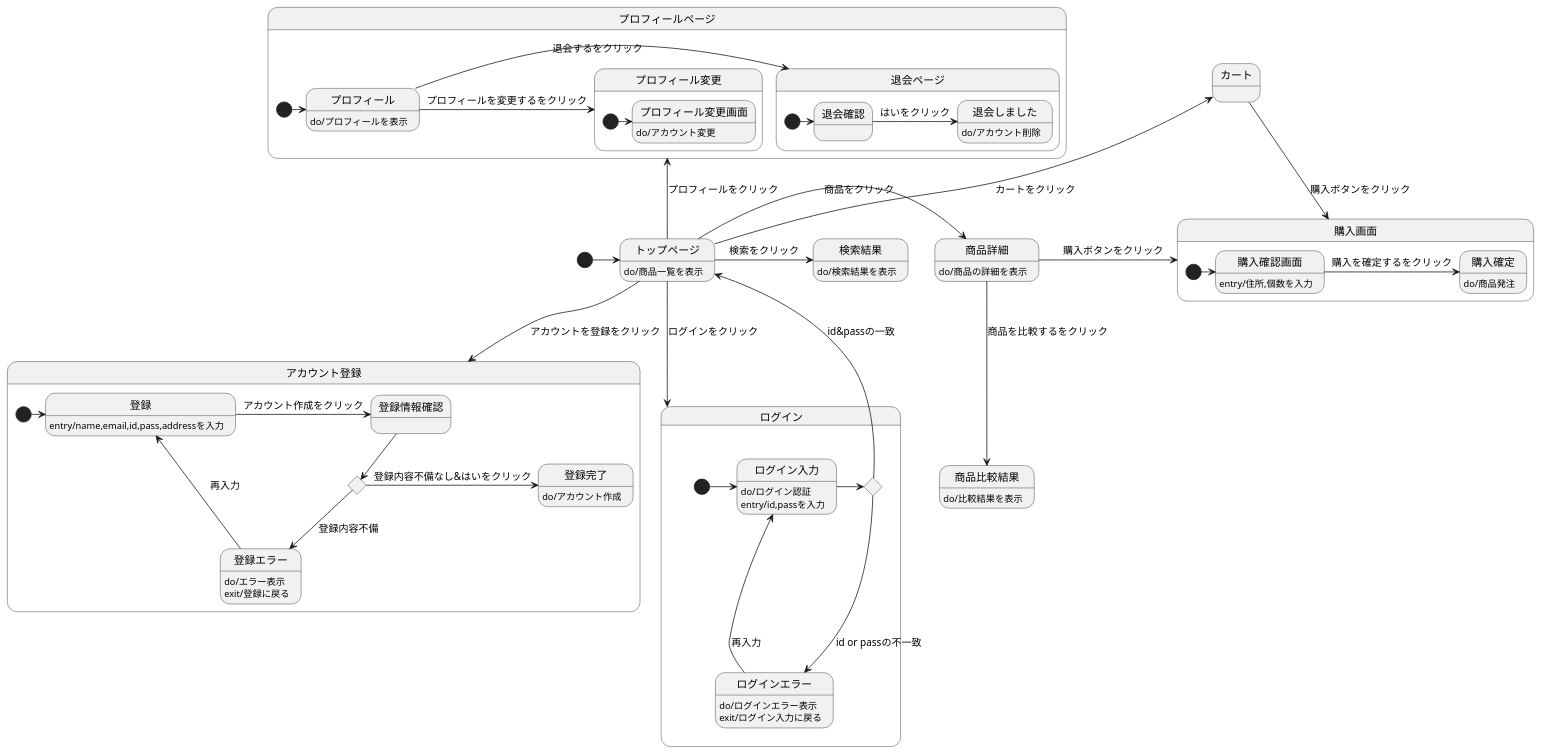
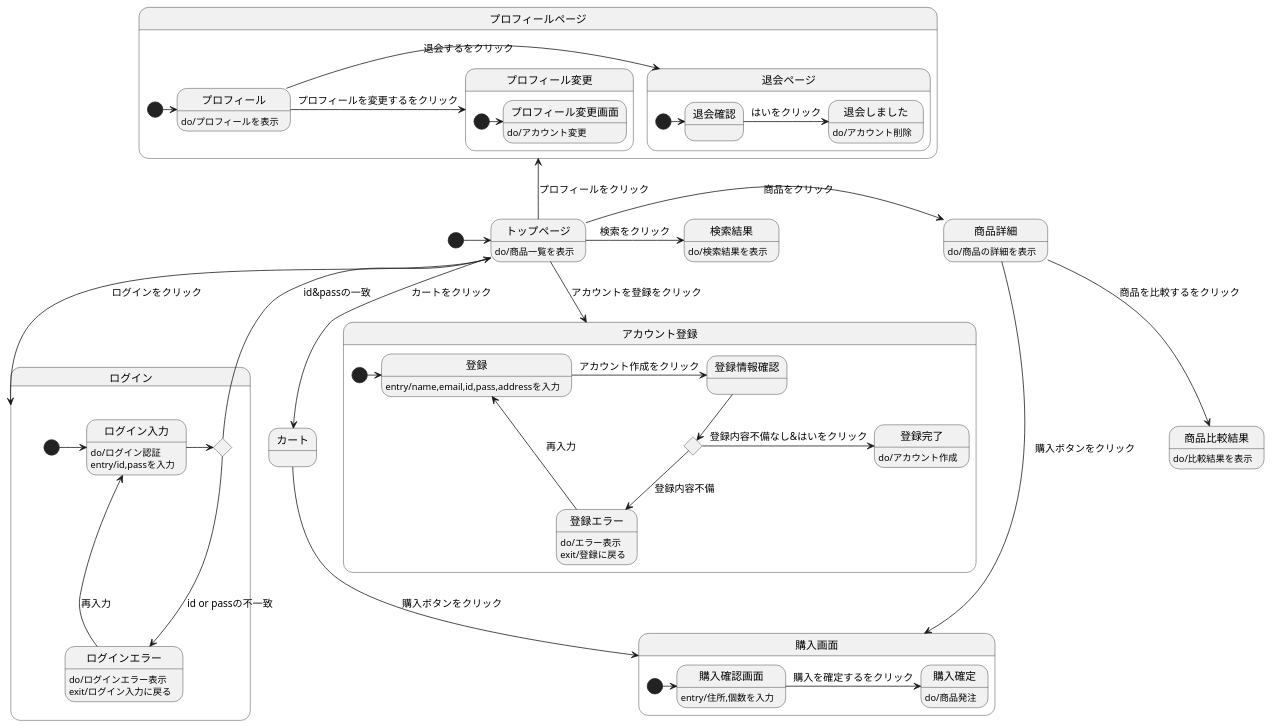
The diagram in stm01.md (Aso2001159/2021sys-design), drawn with PlantUML before and after one commit.

````diff
--- a/stm01.md
+++ b/stm01.md
@@ -1,67 +1,67 @@
 ```uml
 
 @startuml
 [*]->トップページ
 トップページ : do/商品一覧を表示
 トップページ->商品詳細 : 商品をクリック
   商品詳細 : do/商品の詳細を表示
   商品詳細 --> 商品比較結果 : 商品を比較するをクリック
   商品比較結果 : do/比較結果を表示
   商品詳細-> 購入画面 :　購入ボタンをクリック
 トップページ-down->ログイン :ログインをクリック
 state ログイン{
   state r確認 <<choice>>
   [*] -> ログイン入力 
   ログイン入力 : do/ログイン認証
   ログイン入力 : entry/id,passを入力
   ログイン入力 -> r確認
   r確認 -> トップページ : id&passの一致
    r確認 --> ログインエラー : id or passの不一致
     ログインエラー :do/ログインエラー表示
     ログインエラー : exit/ログイン入力に戻る
   ログインエラー -> ログイン入力 : 再入力
 
 }
-トップページ-up->カート :カートをクリック
+トップページ-->カート :カートをクリック
 カート --> 購入画面 : 購入ボタンをクリック
 state 購入画面{
   [*]-> 購入確認画面
   購入確認画面 : entry/住所,個数を入力
   購入確認画面 -> 購入確定 : 購入を確定するをクリック
   購入確定 : do/商品発注
 }
 state アカウント登録{
 [*]-> 登録 
   トップページ--> アカウント登録 :アカウントを登録をクリック
   state t確認 <<choice>>
   登録 : entry/name,email,id,pass,addressを入力
   登録 ->登録情報確認: アカウント作成をクリック
   登録情報確認 --> t確認 
   t確認 --> 登録エラー : 登録内容不備
     登録エラー : do/エラー表示
     登録エラー : exit/登録に戻る
    登録エラー -> 登録 : 再入力
   t確認 -> 登録完了: 登録内容不備なし&はいをクリック
     登録完了: do/アカウント作成
   }
 トップページ->検索結果 :検索をクリック
   検索結果 : do/検索結果を表示
 トップページ-up->プロフィールページ :プロフィールをクリック
 state プロフィールページ{
 [*] -> プロフィール
 プロフィール : do/プロフィールを表示
   プロフィール ->退会ページ :退会するをクリック
   state 退会ページ{
     [*]-> 退会確認 
     退会確認-> 退会しました : はいをクリック
       退会しました : do/アカウント削除
     }
     プロフィール -> プロフィール変更 : プロフィールを変更するをクリック
     state プロフィール変更{
       [*]-> プロフィール変更画面
       プロフィール変更画面 : do/アカウント変更
     }
  }
 @enduml
 
 ```
````
